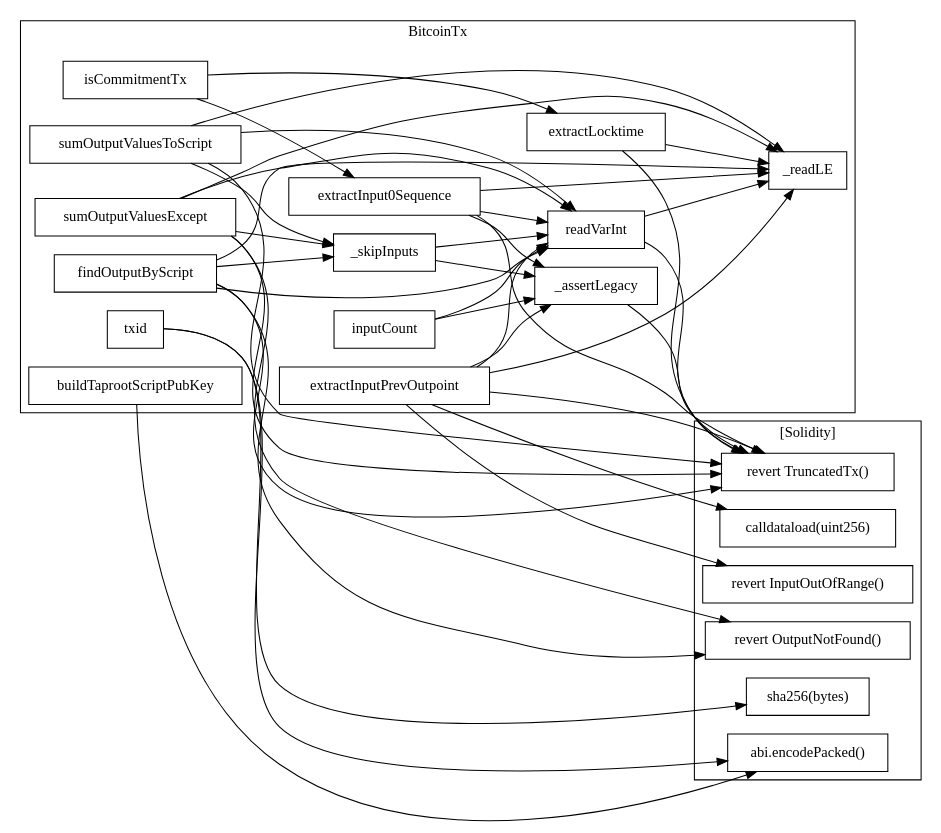
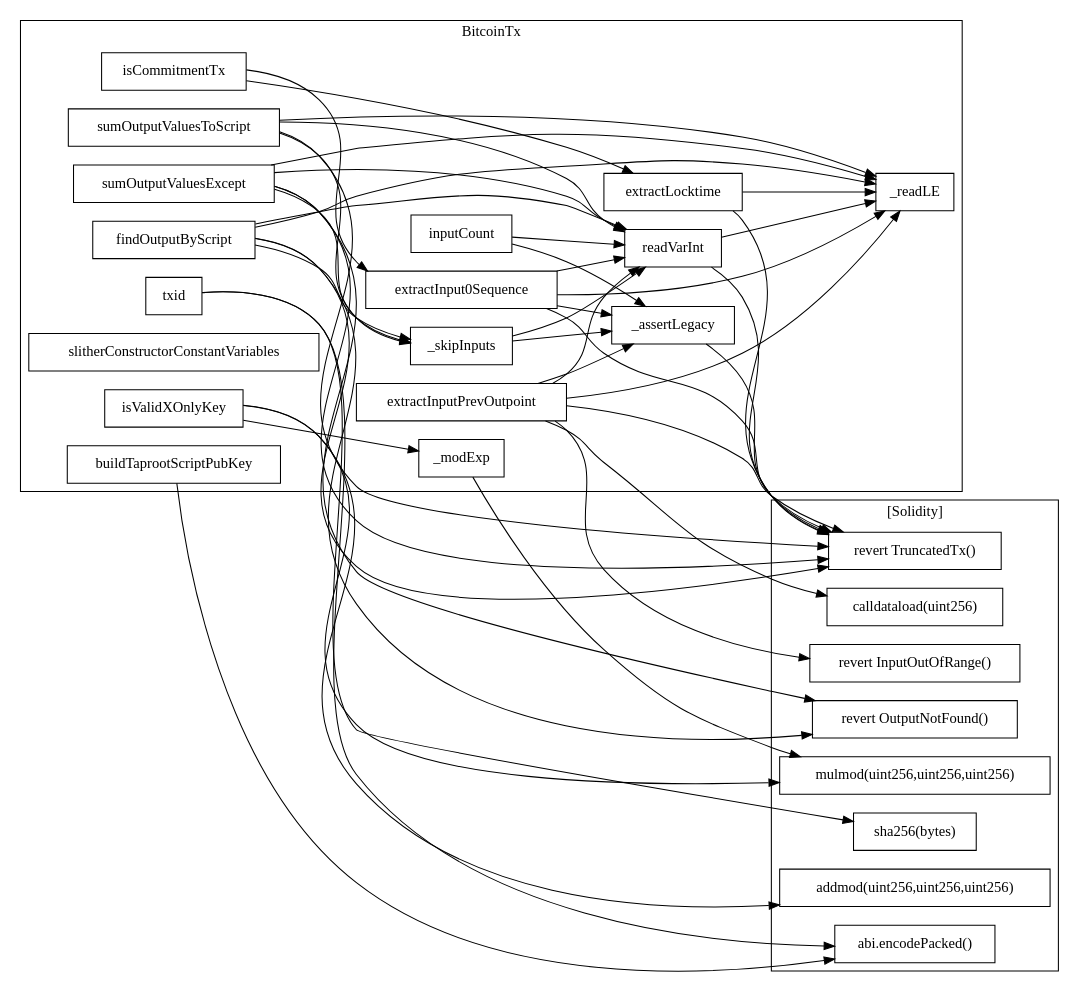
Before and after one commit to quidmints/SPV: the diagram in evm/slither-out/...BitcoinTx.call-graph.dot, drawn with Graphviz. The commit also changed 145 other files, not shown here.

First line of the commit message:
Regenerate slither-out: the committed analysis was from Aug 4 and predated this session

```diff
--- a/evm/slither-out/...BitcoinTx.call-graph.dot
+++ b/evm/slither-out/...BitcoinTx.call-graph.dot
@@ -1,67 +1,76 @@
 strict digraph {
 rankdir="LR"
 node [shape=box]
-subgraph cluster_52243_BitcoinTx {
+subgraph cluster_56178_BitcoinTx {
 label = "BitcoinTx"
-"52243_txid" [label="txid"]
-"52243_findOutputByScript" [label="findOutputByScript"]
-"52243_sumOutputValuesExcept" [label="sumOutputValuesExcept"]
-"52243_extractInput0Sequence" [label="extractInput0Sequence"]
-"52243_isCommitmentTx" [label="isCommitmentTx"]
-"52243_buildTaprootScriptPubKey" [label="buildTaprootScriptPubKey"]
-"52243__assertLegacy" [label="_assertLegacy"]
-"52243_extractInputPrevOutpoint" [label="extractInputPrevOutpoint"]
-"52243_extractLocktime" [label="extractLocktime"]
-"52243_sumOutputValuesToScript" [label="sumOutputValuesToScript"]
-"52243__skipInputs" [label="_skipInputs"]
-"52243_readVarInt" [label="readVarInt"]
-"52243__readLE" [label="_readLE"]
-"52243_inputCount" [label="inputCount"]
-"52243_isCommitmentTx" -> "52243_extractInput0Sequence"
-"52243_extractInput0Sequence" -> "52243_readVarInt"
-"52243_extractInput0Sequence" -> "52243__readLE"
-"52243_sumOutputValuesToScript" -> "52243_readVarInt"
-"52243_findOutputByScript" -> "52243_readVarInt"
-"52243_isCommitmentTx" -> "52243_extractLocktime"
-"52243_extractLocktime" -> "52243__readLE"
-"52243_sumOutputValuesToScript" -> "52243__skipInputs"
-"52243_sumOutputValuesToScript" -> "52243__readLE"
-"52243_findOutputByScript" -> "52243__readLE"
-"52243_sumOutputValuesExcept" -> "52243_readVarInt"
-"52243_inputCount" -> "52243_readVarInt"
-"52243_findOutputByScript" -> "52243__skipInputs"
-"52243_extractInputPrevOutpoint" -> "52243_readVarInt"
-"52243_sumOutputValuesExcept" -> "52243__skipInputs"
-"52243__skipInputs" -> "52243__assertLegacy"
-"52243_extractInputPrevOutpoint" -> "52243__readLE"
-"52243_extractInput0Sequence" -> "52243__assertLegacy"
-"52243_extractInputPrevOutpoint" -> "52243__assertLegacy"
-"52243_sumOutputValuesExcept" -> "52243__readLE"
-"52243_inputCount" -> "52243__assertLegacy"
-"52243_readVarInt" -> "52243__readLE"
-"52243__skipInputs" -> "52243_readVarInt"
+"56178_sumOutputValuesExcept" [label="sumOutputValuesExcept"]
+"56178_inputCount" [label="inputCount"]
+"56178_extractLocktime" [label="extractLocktime"]
+"56178_sumOutputValuesToScript" [label="sumOutputValuesToScript"]
+"56178_isCommitmentTx" [label="isCommitmentTx"]
+"56178__skipInputs" [label="_skipInputs"]
+"56178__modExp" [label="_modExp"]
+"56178_txid" [label="txid"]
+"56178_findOutputByScript" [label="findOutputByScript"]
+"56178_extractInputPrevOutpoint" [label="extractInputPrevOutpoint"]
+"56178_readVarInt" [label="readVarInt"]
+"56178_extractInput0Sequence" [label="extractInput0Sequence"]
+"56178_slitherConstructorConstantVariables" [label="slitherConstructorConstantVariables"]
+"56178__assertLegacy" [label="_assertLegacy"]
+"56178_buildTaprootScriptPubKey" [label="buildTaprootScriptPubKey"]
+"56178__readLE" [label="_readLE"]
+"56178_isValidXOnlyKey" [label="isValidXOnlyKey"]
+"56178_sumOutputValuesExcept" -> "56178_readVarInt"
+"56178_extractInputPrevOutpoint" -> "56178__readLE"
+"56178_extractInput0Sequence" -> "56178__assertLegacy"
+"56178_extractInput0Sequence" -> "56178__readLE"
+"56178_extractLocktime" -> "56178__readLE"
+"56178__skipInputs" -> "56178_readVarInt"
+"56178_sumOutputValuesToScript" -> "56178_readVarInt"
+"56178_isCommitmentTx" -> "56178_extractLocktime"
+"56178_isValidXOnlyKey" -> "56178__modExp"
+"56178_sumOutputValuesToScript" -> "56178__skipInputs"
+"56178_findOutputByScript" -> "56178_readVarInt"
+"56178_sumOutputValuesExcept" -> "56178__readLE"
+"56178__skipInputs" -> "56178__assertLegacy"
+"56178_isCommitmentTx" -> "56178_extractInput0Sequence"
+"56178_sumOutputValuesToScript" -> "56178__readLE"
+"56178_inputCount" -> "56178__assertLegacy"
+"56178_findOutputByScript" -> "56178__readLE"
+"56178_readVarInt" -> "56178__readLE"
+"56178_extractInputPrevOutpoint" -> "56178__assertLegacy"
+"56178_findOutputByScript" -> "56178__skipInputs"
+"56178_inputCount" -> "56178_readVarInt"
+"56178_extractInputPrevOutpoint" -> "56178_readVarInt"
+"56178_extractInput0Sequence" -> "56178_readVarInt"
+"56178_sumOutputValuesExcept" -> "56178__skipInputs"
 }subgraph cluster_solidity {
 label = "[Solidity]"
-"sha256(bytes)" 
-"revert OutputNotFound()" 
+"mulmod(uint256,uint256,uint256)" 
+"calldataload(uint256)" 
 "revert InputOutOfRange()" 
 "abi.encodePacked()" 
+"revert OutputNotFound()" 
 "revert TruncatedTx()" 
-"calldataload(uint256)" 
-"52243_buildTaprootScriptPubKey" -> "abi.encodePacked()"
-"52243_readVarInt" -> "revert TruncatedTx()"
-"52243_extractInputPrevOutpoint" -> "revert InputOutOfRange()"
-"52243_txid" -> "abi.encodePacked()"
-"52243_extractInputPrevOutpoint" -> "revert TruncatedTx()"
-"52243_extractInput0Sequence" -> "revert TruncatedTx()"
-"52243_extractInputPrevOutpoint" -> "calldataload(uint256)"
-"52243__assertLegacy" -> "revert TruncatedTx()"
-"52243_sumOutputValuesExcept" -> "revert TruncatedTx()"
-"52243_findOutputByScript" -> "revert TruncatedTx()"
-"52243_txid" -> "sha256(bytes)"
-"52243_sumOutputValuesToScript" -> "revert TruncatedTx()"
-"52243_findOutputByScript" -> "revert OutputNotFound()"
-"52243_sumOutputValuesExcept" -> "revert OutputNotFound()"
-"52243_extractLocktime" -> "revert TruncatedTx()"
+"sha256(bytes)" 
+"addmod(uint256,uint256,uint256)" 
+"56178__assertLegacy" -> "revert TruncatedTx()"
+"56178_txid" -> "sha256(bytes)"
+"56178_extractLocktime" -> "revert TruncatedTx()"
+"56178_extractInput0Sequence" -> "revert TruncatedTx()"
+"56178_buildTaprootScriptPubKey" -> "abi.encodePacked()"
+"56178__modExp" -> "mulmod(uint256,uint256,uint256)"
+"56178_txid" -> "abi.encodePacked()"
+"56178_isValidXOnlyKey" -> "mulmod(uint256,uint256,uint256)"
+"56178_isValidXOnlyKey" -> "addmod(uint256,uint256,uint256)"
+"56178_extractInputPrevOutpoint" -> "revert InputOutOfRange()"
+"56178_sumOutputValuesExcept" -> "revert OutputNotFound()"
+"56178_findOutputByScript" -> "revert TruncatedTx()"
+"56178_extractInputPrevOutpoint" -> "revert TruncatedTx()"
+"56178_readVarInt" -> "revert TruncatedTx()"
+"56178_extractInputPrevOutpoint" -> "calldataload(uint256)"
+"56178_sumOutputValuesToScript" -> "revert TruncatedTx()"
+"56178_sumOutputValuesExcept" -> "revert TruncatedTx()"
+"56178_findOutputByScript" -> "revert OutputNotFound()"
 }
 }
```
